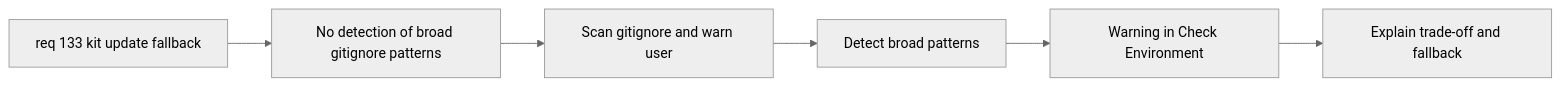
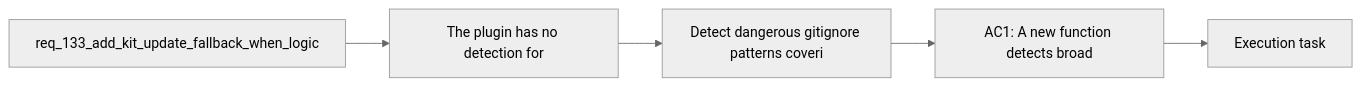
Before and after one commit to AlexAgo83/logics-manager: the diagram in logics/backlog/item_254_detect_dangerous_gitignore_patterns_covering_logics_skills_and_warn_the_user.md, drawn with Mermaid (neutral theme). The commit also changed 481 other files, not shown here.

````diff
--- a/logics/backlog/item_254_detect_dangerous_gitignore_patterns_covering_logics_skills_and_warn_the_user.md
+++ b/logics/backlog/item_254_detect_dangerous_gitignore_patterns_covering_logics_skills_and_warn_the_user.md
@@ -21,10 +21,9 @@
 ```mermaid
 %% logics-kind: backlog
 %% logics-signature: backlog|detect-dangerous-gitignore-patterns-cove|req-133-add-kit-update-fallback-when-log|the-plugin-has-no-detection-for|ac1-a-new-function-detects-broad
 flowchart LR
-    Request[req 133 kit update fallback] --> Problem[No detection of broad gitignore patterns]
-    Problem --> Scope[Scan gitignore and warn user]
-    Scope --> AC1[Detect broad patterns]
-    AC1 --> AC2[Warning in Check Environment]
-    AC2 --> AC3[Explain trade-off and fallback]
+    Request[req_133_add_kit_update_fallback_when_logic] --> Problem[The plugin has no detection for]
+    Problem --> Scope[Detect dangerous gitignore patterns coveri]
+    Scope --> Acceptance[AC1: A new function detects broad]
+    Acceptance --> Tasks[Execution task]
 ```
````
